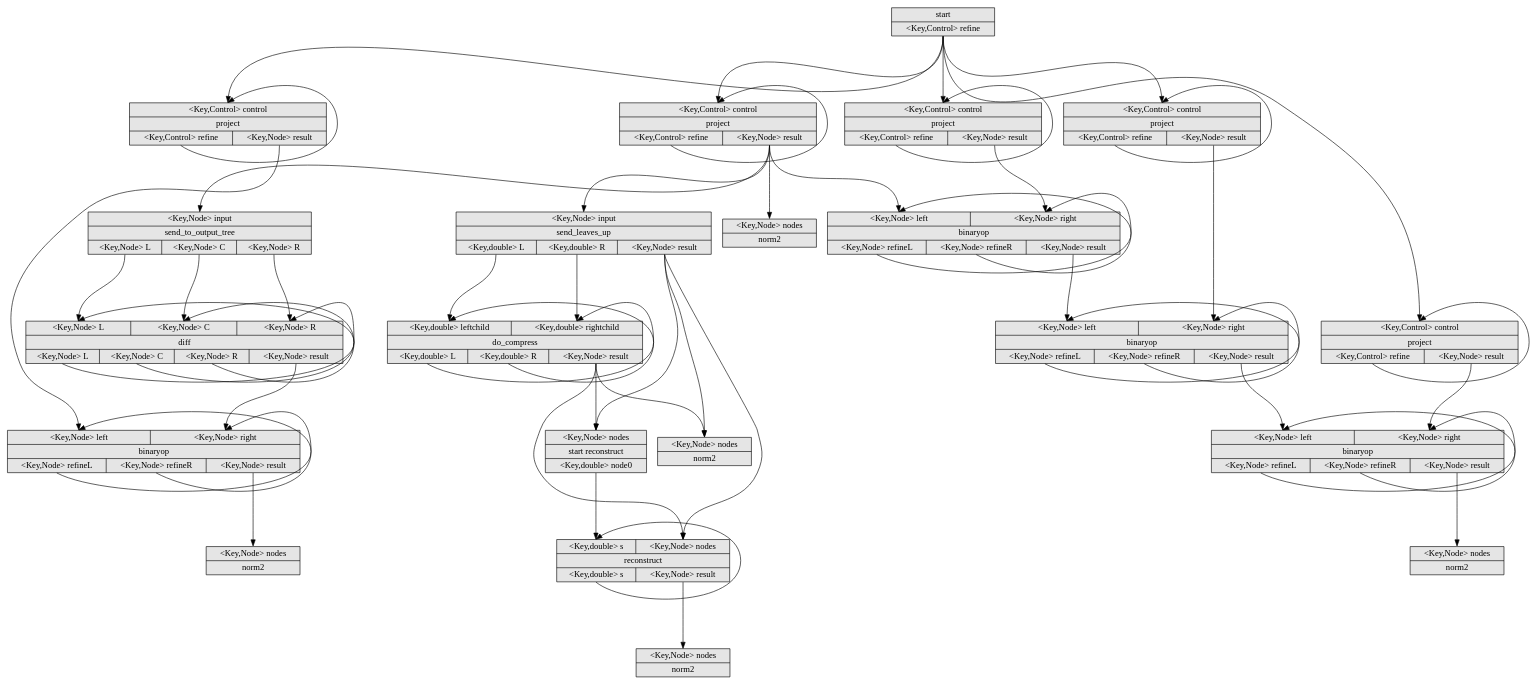
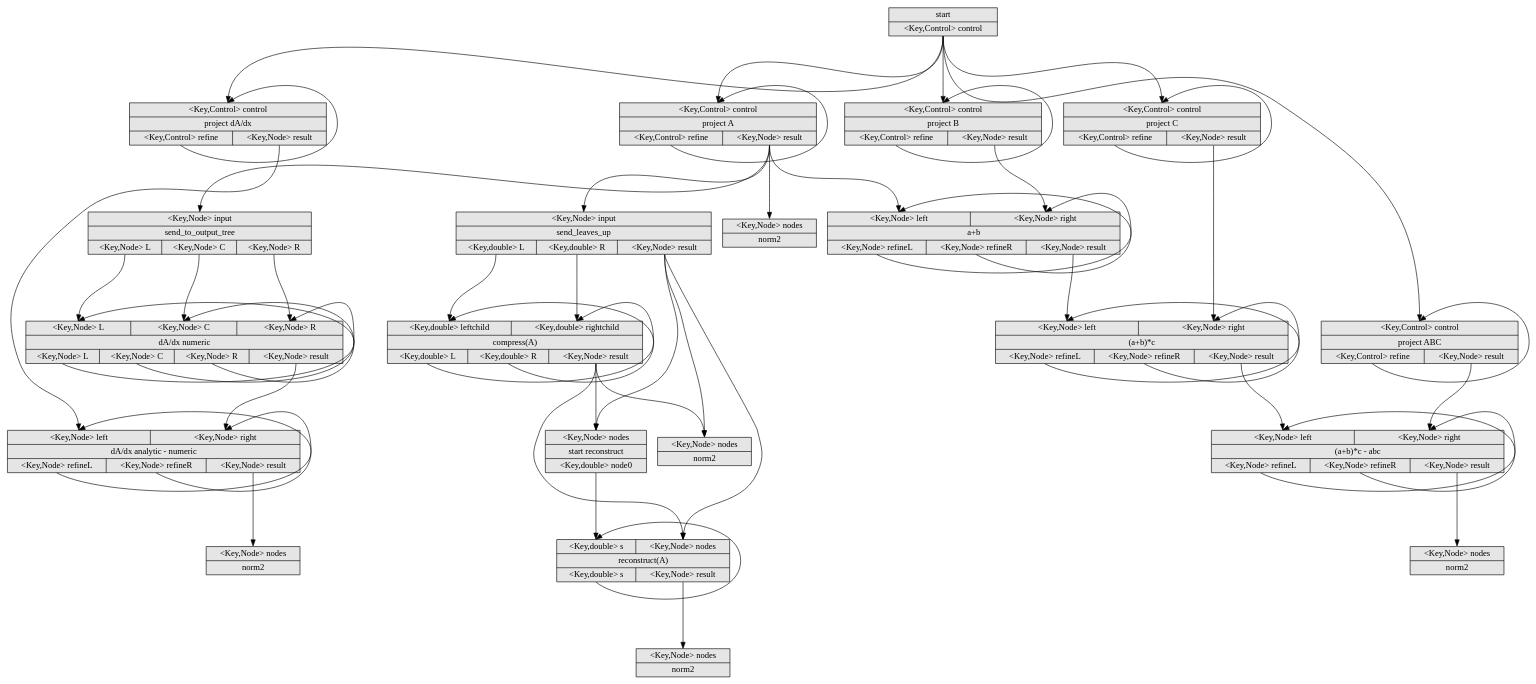
Before and after one commit to TESSEorg/ttg: the diagram in t9.dot, drawn with Graphviz. The commit also changed 1 other file, not shown here.

```diff
--- a/t9.dot
+++ b/t9.dot
@@ -1,75 +1,74 @@
 digraph G {
         ranksep=1.5;
-        
-        n0x25a2900 [shape=record,style=filled,fillcolor=gray90,label="{start  | { <out0> \<Key,Control\> refine} } "];
-n0x25a2900:out0:s -> n0x304c000:in0:n;
-n0x25a2900:out0:s -> n0x304c300:in0:n;
-n0x25a2900:out0:s -> n0x304c600:in0:n;
-n0x25a2900:out0:s -> n0x304c900:in0:n;
-n0x25a2900:out0:s -> n0x304cc00:in0:n;
-        n0x304c000 [shape=record,style=filled,fillcolor=gray90,label="{{ <in0> \<Key,Control\> control} |project  | { <out0> \<Key,Control\> refine | <out1> \<Key,Node\> result} } "];
-n0x304c000:out0:s -> n0x304c000:in0:n;
-n0x304c000:out1:s -> n0x2571680:in0:n;
-n0x304c000:out1:s -> n0x2560e00:in0:n;
-n0x304c000:out1:s -> n0x25d61a0:in0:n;
-n0x304c000:out1:s -> n0x2561180:in0:n;
-        n0x2571680 [shape=record,style=filled,fillcolor=gray90,label="{{ <in0> \<Key,Node\> left | <in1> \<Key,Node\> right} |binaryop  | { <out0> \<Key,Node\> refineL | <out1> \<Key,Node\> refineR | <out2> \<Key,Node\> result} } "];
-n0x2571680:out0:s -> n0x2571680:in0:n;
-n0x2571680:out1:s -> n0x2571680:in1:n;
-n0x2571680:out2:s -> n0x2571b00:in0:n;
-        n0x2571b00 [shape=record,style=filled,fillcolor=gray90,label="{{ <in0> \<Key,Node\> left | <in1> \<Key,Node\> right} |binaryop  | { <out0> \<Key,Node\> refineL | <out1> \<Key,Node\> refineR | <out2> \<Key,Node\> result} } "];
-n0x2571b00:out0:s -> n0x2571b00:in0:n;
-n0x2571b00:out1:s -> n0x2571b00:in1:n;
-n0x2571b00:out2:s -> n0x2571f80:in0:n;
-        n0x2571f80 [shape=record,style=filled,fillcolor=gray90,label="{{ <in0> \<Key,Node\> left | <in1> \<Key,Node\> right} |binaryop  | { <out0> \<Key,Node\> refineL | <out1> \<Key,Node\> refineR | <out2> \<Key,Node\> result} } "];
-n0x2571f80:out0:s -> n0x2571f80:in0:n;
-n0x2571f80:out1:s -> n0x2571f80:in1:n;
-n0x2571f80:out2:s -> n0x25d6340:in0:n;
-        n0x25d6340 [shape=record,style=filled,fillcolor=gray90,label="{{ <in0> \<Key,Node\> nodes} |norm2  } "];
-        n0x2560e00 [shape=record,style=filled,fillcolor=gray90,label="{{ <in0> \<Key,Node\> input} |send_to_output_tree  | { <out0> \<Key,Node\> L | <out1> \<Key,Node\> C | <out2> \<Key,Node\> R} } "];
-n0x2560e00:out0:s -> n0x3098000:in0:n;
-n0x2560e00:out1:s -> n0x3098000:in1:n;
-n0x2560e00:out2:s -> n0x3098000:in2:n;
-        n0x3098000 [shape=record,style=filled,fillcolor=gray90,label="{{ <in0> \<Key,Node\> L | <in1> \<Key,Node\> C | <in2> \<Key,Node\> R} |diff  | { <out0> \<Key,Node\> L | <out1> \<Key,Node\> C | <out2> \<Key,Node\> R | <out3> \<Key,Node\> result} } "];
-n0x3098000:out0:s -> n0x3098000:in0:n;
-n0x3098000:out1:s -> n0x3098000:in1:n;
-n0x3098000:out2:s -> n0x3098000:in2:n;
-n0x3098000:out3:s -> n0x2572400:in1:n;
-        n0x2572400 [shape=record,style=filled,fillcolor=gray90,label="{{ <in0> \<Key,Node\> left | <in1> \<Key,Node\> right} |binaryop  | { <out0> \<Key,Node\> refineL | <out1> \<Key,Node\> refineR | <out2> \<Key,Node\> result} } "];
-n0x2572400:out0:s -> n0x2572400:in0:n;
-n0x2572400:out1:s -> n0x2572400:in1:n;
-n0x2572400:out2:s -> n0x25d64e0:in0:n;
-        n0x25d64e0 [shape=record,style=filled,fillcolor=gray90,label="{{ <in0> \<Key,Node\> nodes} |norm2  } "];
-        n0x25d61a0 [shape=record,style=filled,fillcolor=gray90,label="{{ <in0> \<Key,Node\> nodes} |norm2  } "];
-        n0x2561180 [shape=record,style=filled,fillcolor=gray90,label="{{ <in0> \<Key,Node\> input} |send_leaves_up  | { <out0> \<Key,double\> L | <out1> \<Key,double\> R | <out2> \<Key,Node\> result} } "];
-n0x2561180:out0:s -> n0x2572880:in0:n;
-n0x2561180:out1:s -> n0x2572880:in1:n;
-n0x2561180:out2:s -> n0x25d6680:in0:n;
-n0x2561180:out2:s -> n0x30dc000:in1:n;
-n0x2561180:out2:s -> n0x2f6a6c0:in0:n;
-        n0x2572880 [shape=record,style=filled,fillcolor=gray90,label="{{ <in0> \<Key,double\> leftchild | <in1> \<Key,double\> rightchild} |do_compress  | { <out0> \<Key,double\> L | <out1> \<Key,double\> R | <out2> \<Key,Node\> result} } "];
-n0x2572880:out0:s -> n0x2572880:in0:n;
-n0x2572880:out1:s -> n0x2572880:in1:n;
-n0x2572880:out2:s -> n0x25d6680:in0:n;
-n0x2572880:out2:s -> n0x30dc000:in1:n;
-n0x2572880:out2:s -> n0x2f6a6c0:in0:n;
-        n0x25d6680 [shape=record,style=filled,fillcolor=gray90,label="{{ <in0> \<Key,Node\> nodes} |norm2  } "];
-        n0x30dc000 [shape=record,style=filled,fillcolor=gray90,label="{{ <in0> \<Key,double\> s | <in1> \<Key,Node\> nodes} |reconstruct  | { <out0> \<Key,double\> s | <out1> \<Key,Node\> result} } "];
-n0x30dc000:out0:s -> n0x30dc000:in0:n;
-n0x30dc000:out1:s -> n0x25d6820:in0:n;
-        n0x25d6820 [shape=record,style=filled,fillcolor=gray90,label="{{ <in0> \<Key,Node\> nodes} |norm2  } "];
-        n0x2f6a6c0 [shape=record,style=filled,fillcolor=gray90,label="{{ <in0> \<Key,Node\> nodes} |start reconstruct  | { <out0> \<Key,double\> node0} } "];
-n0x2f6a6c0:out0:s -> n0x30dc000:in0:n;
-        n0x304c300 [shape=record,style=filled,fillcolor=gray90,label="{{ <in0> \<Key,Control\> control} |project  | { <out0> \<Key,Control\> refine | <out1> \<Key,Node\> result} } "];
-n0x304c300:out0:s -> n0x304c300:in0:n;
-n0x304c300:out1:s -> n0x2571680:in1:n;
-        n0x304c600 [shape=record,style=filled,fillcolor=gray90,label="{{ <in0> \<Key,Control\> control} |project  | { <out0> \<Key,Control\> refine | <out1> \<Key,Node\> result} } "];
-n0x304c600:out0:s -> n0x304c600:in0:n;
-n0x304c600:out1:s -> n0x2571b00:in1:n;
-        n0x304c900 [shape=record,style=filled,fillcolor=gray90,label="{{ <in0> \<Key,Control\> control} |project  | { <out0> \<Key,Control\> refine | <out1> \<Key,Node\> result} } "];
-n0x304c900:out0:s -> n0x304c900:in0:n;
-n0x304c900:out1:s -> n0x2571f80:in1:n;
-        n0x304cc00 [shape=record,style=filled,fillcolor=gray90,label="{{ <in0> \<Key,Control\> control} |project  | { <out0> \<Key,Control\> refine | <out1> \<Key,Node\> result} } "];
-n0x304cc00:out0:s -> n0x304cc00:in0:n;
-n0x304cc00:out1:s -> n0x2572400:in0:n;
+        n0x2d50900 [shape=record,style=filled,fillcolor=gray90,label="{start  | { <out0> \<Key,Control\> control} } "];
+n0x2d50900:out0:s -> n0x37fa000:in0:n;
+n0x2d50900:out0:s -> n0x37fa300:in0:n;
+n0x2d50900:out0:s -> n0x37fa600:in0:n;
+n0x2d50900:out0:s -> n0x37fa900:in0:n;
+n0x2d50900:out0:s -> n0x37fac00:in0:n;
+        n0x37fa000 [shape=record,style=filled,fillcolor=gray90,label="{{ <in0> \<Key,Control\> control} |project A  | { <out0> \<Key,Control\> refine | <out1> \<Key,Node\> result} } "];
+n0x37fa000:out0:s -> n0x37fa000:in0:n;
+n0x37fa000:out1:s -> n0x2d1f680:in0:n;
+n0x37fa000:out1:s -> n0x2d0ee00:in0:n;
+n0x37fa000:out1:s -> n0x2d90540:in0:n;
+n0x37fa000:out1:s -> n0x2d0f180:in0:n;
+        n0x2d1f680 [shape=record,style=filled,fillcolor=gray90,label="{{ <in0> \<Key,Node\> left | <in1> \<Key,Node\> right} |a+b  | { <out0> \<Key,Node\> refineL | <out1> \<Key,Node\> refineR | <out2> \<Key,Node\> result} } "];
+n0x2d1f680:out0:s -> n0x2d1f680:in0:n;
+n0x2d1f680:out1:s -> n0x2d1f680:in1:n;
+n0x2d1f680:out2:s -> n0x2d1fb00:in0:n;
+        n0x2d1fb00 [shape=record,style=filled,fillcolor=gray90,label="{{ <in0> \<Key,Node\> left | <in1> \<Key,Node\> right} |(a+b)*c  | { <out0> \<Key,Node\> refineL | <out1> \<Key,Node\> refineR | <out2> \<Key,Node\> result} } "];
+n0x2d1fb00:out0:s -> n0x2d1fb00:in0:n;
+n0x2d1fb00:out1:s -> n0x2d1fb00:in1:n;
+n0x2d1fb00:out2:s -> n0x2d1ff80:in0:n;
+        n0x2d1ff80 [shape=record,style=filled,fillcolor=gray90,label="{{ <in0> \<Key,Node\> left | <in1> \<Key,Node\> right} |(a+b)*c - abc  | { <out0> \<Key,Node\> refineL | <out1> \<Key,Node\> refineR | <out2> \<Key,Node\> result} } "];
+n0x2d1ff80:out0:s -> n0x2d1ff80:in0:n;
+n0x2d1ff80:out1:s -> n0x2d1ff80:in1:n;
+n0x2d1ff80:out2:s -> n0x2d90700:in0:n;
+        n0x2d90700 [shape=record,style=filled,fillcolor=gray90,label="{{ <in0> \<Key,Node\> nodes} |norm2  } "];
+        n0x2d0ee00 [shape=record,style=filled,fillcolor=gray90,label="{{ <in0> \<Key,Node\> input} |send_to_output_tree  | { <out0> \<Key,Node\> L | <out1> \<Key,Node\> C | <out2> \<Key,Node\> R} } "];
+n0x2d0ee00:out0:s -> n0x3846000:in0:n;
+n0x2d0ee00:out1:s -> n0x3846000:in1:n;
+n0x2d0ee00:out2:s -> n0x3846000:in2:n;
+        n0x3846000 [shape=record,style=filled,fillcolor=gray90,label="{{ <in0> \<Key,Node\> L | <in1> \<Key,Node\> C | <in2> \<Key,Node\> R} |dA/dx numeric  | { <out0> \<Key,Node\> L | <out1> \<Key,Node\> C | <out2> \<Key,Node\> R | <out3> \<Key,Node\> result} } "];
+n0x3846000:out0:s -> n0x3846000:in0:n;
+n0x3846000:out1:s -> n0x3846000:in1:n;
+n0x3846000:out2:s -> n0x3846000:in2:n;
+n0x3846000:out3:s -> n0x2d20400:in1:n;
+        n0x2d20400 [shape=record,style=filled,fillcolor=gray90,label="{{ <in0> \<Key,Node\> left | <in1> \<Key,Node\> right} |dA/dx analytic - numeric  | { <out0> \<Key,Node\> refineL | <out1> \<Key,Node\> refineR | <out2> \<Key,Node\> result} } "];
+n0x2d20400:out0:s -> n0x2d20400:in0:n;
+n0x2d20400:out1:s -> n0x2d20400:in1:n;
+n0x2d20400:out2:s -> n0x2d908c0:in0:n;
+        n0x2d908c0 [shape=record,style=filled,fillcolor=gray90,label="{{ <in0> \<Key,Node\> nodes} |norm2  } "];
+        n0x2d90540 [shape=record,style=filled,fillcolor=gray90,label="{{ <in0> \<Key,Node\> nodes} |norm2  } "];
+        n0x2d0f180 [shape=record,style=filled,fillcolor=gray90,label="{{ <in0> \<Key,Node\> input} |send_leaves_up  | { <out0> \<Key,double\> L | <out1> \<Key,double\> R | <out2> \<Key,Node\> result} } "];
+n0x2d0f180:out0:s -> n0x2d20880:in0:n;
+n0x2d0f180:out1:s -> n0x2d20880:in1:n;
+n0x2d0f180:out2:s -> n0x2d90a80:in0:n;
+n0x2d0f180:out2:s -> n0x388a000:in1:n;
+n0x2d0f180:out2:s -> n0x37186c0:in0:n;
+        n0x2d20880 [shape=record,style=filled,fillcolor=gray90,label="{{ <in0> \<Key,double\> leftchild | <in1> \<Key,double\> rightchild} |compress(A)  | { <out0> \<Key,double\> L | <out1> \<Key,double\> R | <out2> \<Key,Node\> result} } "];
+n0x2d20880:out0:s -> n0x2d20880:in0:n;
+n0x2d20880:out1:s -> n0x2d20880:in1:n;
+n0x2d20880:out2:s -> n0x2d90a80:in0:n;
+n0x2d20880:out2:s -> n0x388a000:in1:n;
+n0x2d20880:out2:s -> n0x37186c0:in0:n;
+        n0x2d90a80 [shape=record,style=filled,fillcolor=gray90,label="{{ <in0> \<Key,Node\> nodes} |norm2  } "];
+        n0x388a000 [shape=record,style=filled,fillcolor=gray90,label="{{ <in0> \<Key,double\> s | <in1> \<Key,Node\> nodes} |reconstruct(A)  | { <out0> \<Key,double\> s | <out1> \<Key,Node\> result} } "];
+n0x388a000:out0:s -> n0x388a000:in0:n;
+n0x388a000:out1:s -> n0x2d90c40:in0:n;
+        n0x2d90c40 [shape=record,style=filled,fillcolor=gray90,label="{{ <in0> \<Key,Node\> nodes} |norm2  } "];
+        n0x37186c0 [shape=record,style=filled,fillcolor=gray90,label="{{ <in0> \<Key,Node\> nodes} |start reconstruct  | { <out0> \<Key,double\> node0} } "];
+n0x37186c0:out0:s -> n0x388a000:in0:n;
+        n0x37fa300 [shape=record,style=filled,fillcolor=gray90,label="{{ <in0> \<Key,Control\> control} |project B  | { <out0> \<Key,Control\> refine | <out1> \<Key,Node\> result} } "];
+n0x37fa300:out0:s -> n0x37fa300:in0:n;
+n0x37fa300:out1:s -> n0x2d1f680:in1:n;
+        n0x37fa600 [shape=record,style=filled,fillcolor=gray90,label="{{ <in0> \<Key,Control\> control} |project C  | { <out0> \<Key,Control\> refine | <out1> \<Key,Node\> result} } "];
+n0x37fa600:out0:s -> n0x37fa600:in0:n;
+n0x37fa600:out1:s -> n0x2d1fb00:in1:n;
+        n0x37fa900 [shape=record,style=filled,fillcolor=gray90,label="{{ <in0> \<Key,Control\> control} |project ABC  | { <out0> \<Key,Control\> refine | <out1> \<Key,Node\> result} } "];
+n0x37fa900:out0:s -> n0x37fa900:in0:n;
+n0x37fa900:out1:s -> n0x2d1ff80:in1:n;
+        n0x37fac00 [shape=record,style=filled,fillcolor=gray90,label="{{ <in0> \<Key,Control\> control} |project dA/dx  | { <out0> \<Key,Control\> refine | <out1> \<Key,Node\> result} } "];
+n0x37fac00:out0:s -> n0x37fac00:in0:n;
+n0x37fac00:out1:s -> n0x2d20400:in0:n;
 }
```
